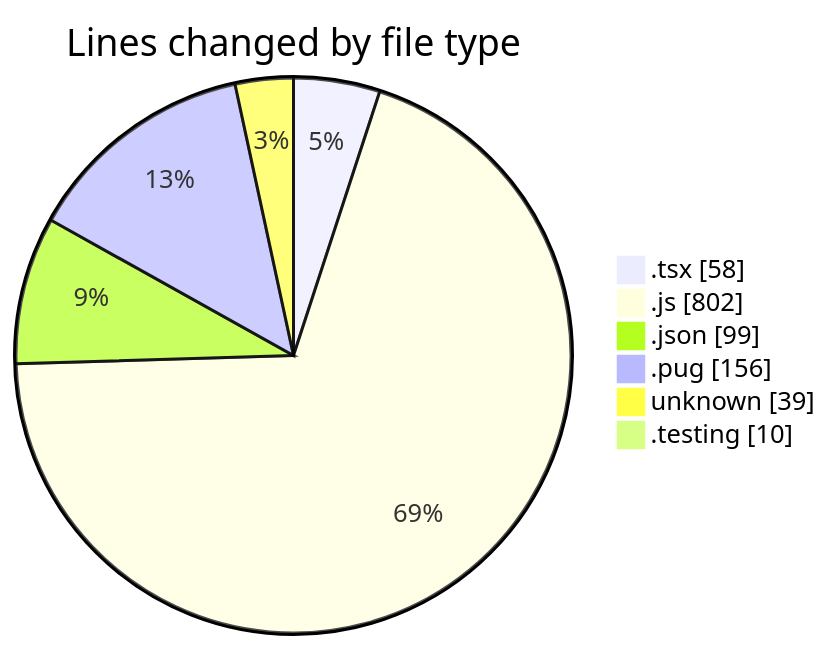
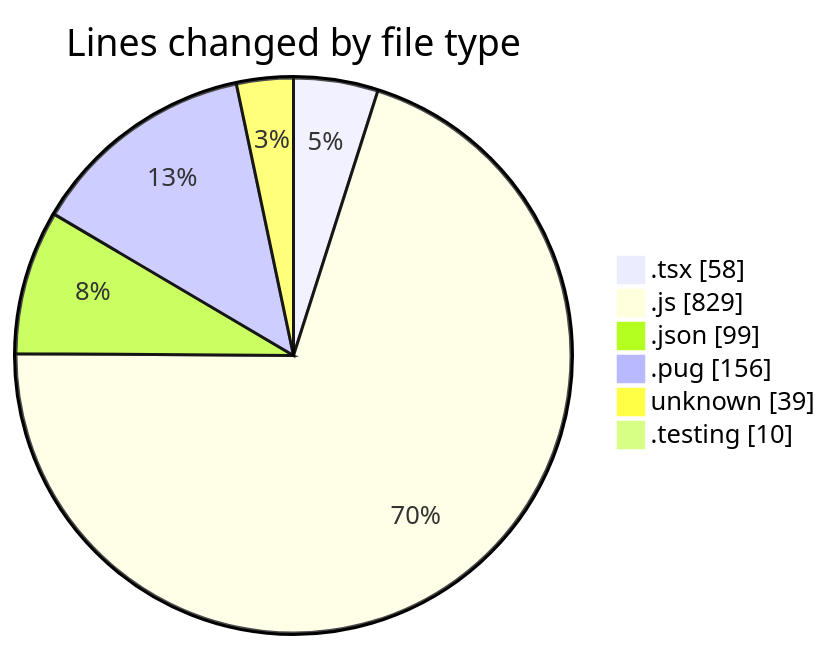
Before and after one commit to momahboobian/code-tracking: the first of 2 diagrams in 2025-03-07/cda/README.md, drawn with Mermaid. The commit also changed other lines of this file and 1 other file, not shown here.

````diff
--- a/2025-03-07/cda/README.md
+++ b/2025-03-07/cda/README.md
@@ -29,10 +29,10 @@
 ```mermaid
 pie showData
 title Lines changed by file type
 ".tsx" : 58
-".js" : 802
+".js" : 829
 ".json" : 99
 ".pug" : 156
 "unknown" : 39
 ".testing" : 10
 ```
````
